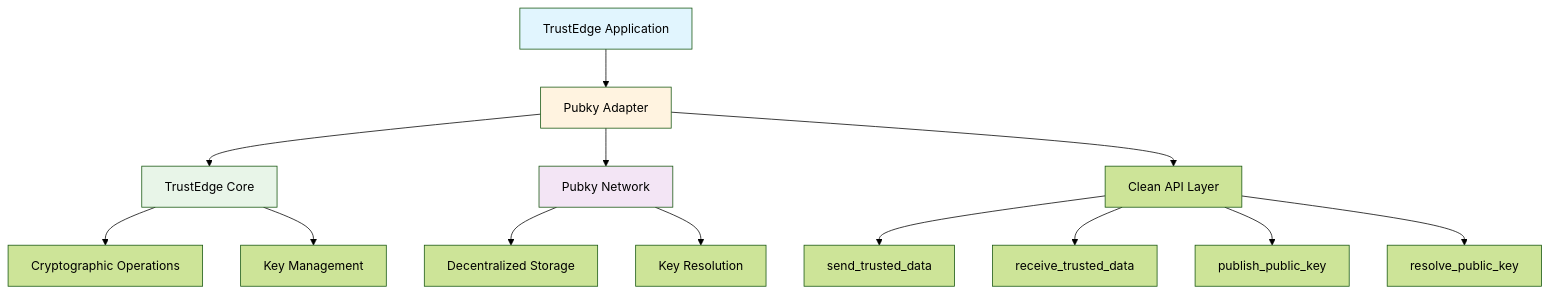
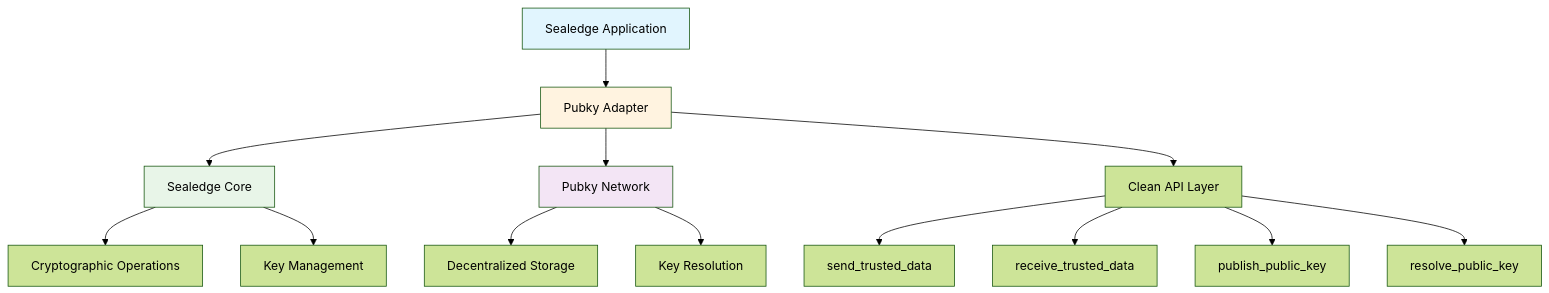
One commit to TrustEdge-Labs/trustedge changed the diagram in crates/experimental/pubky/README.md. Above: the diagram before and after it, drawn with Mermaid (forest theme). The commit also changed other lines of this file and 11 other files, not shown here.

````diff
--- a/crates/experimental/pubky/README.md
+++ b/crates/experimental/pubky/README.md
@@ -56,22 +56,22 @@
 ```mermaid
 graph TD
-    A[TrustEdge Application] --> B[Pubky Adapter]
-    B --> C[TrustEdge Core]
+    A[Sealedge Application] --> B[Pubky Adapter]
+    B --> C[Sealedge Core]
     B --> D[Pubky Network]
     
     C --> E[Cryptographic Operations]
     C --> F[Key Management]
     D --> G[Decentralized Storage]
     D --> H[Key Resolution]
     
     B --> I[Clean API Layer]
     I --> J[send_trusted_data]
     I --> K[receive_trusted_data]
     I --> L[publish_public_key]
     I --> M[resolve_public_key]
     
     style A fill:#e1f5fe
     style B fill:#fff3e0
     style C fill:#e8f5e8
     style D fill:#f3e5f5
 ```
````
